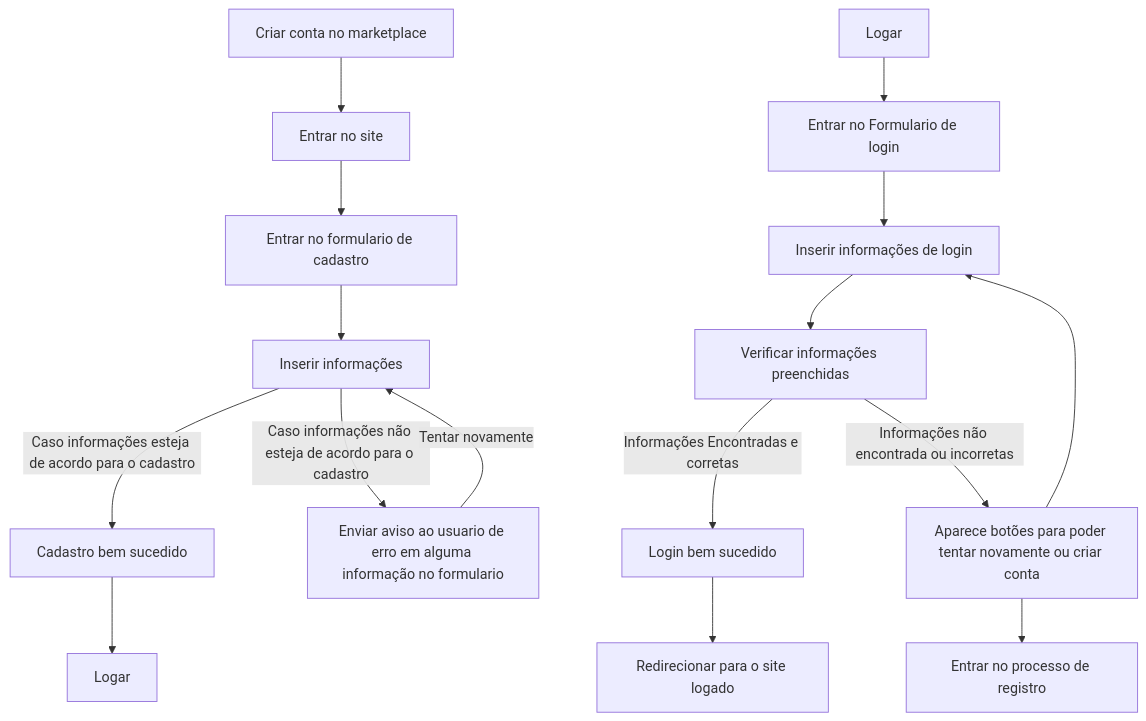
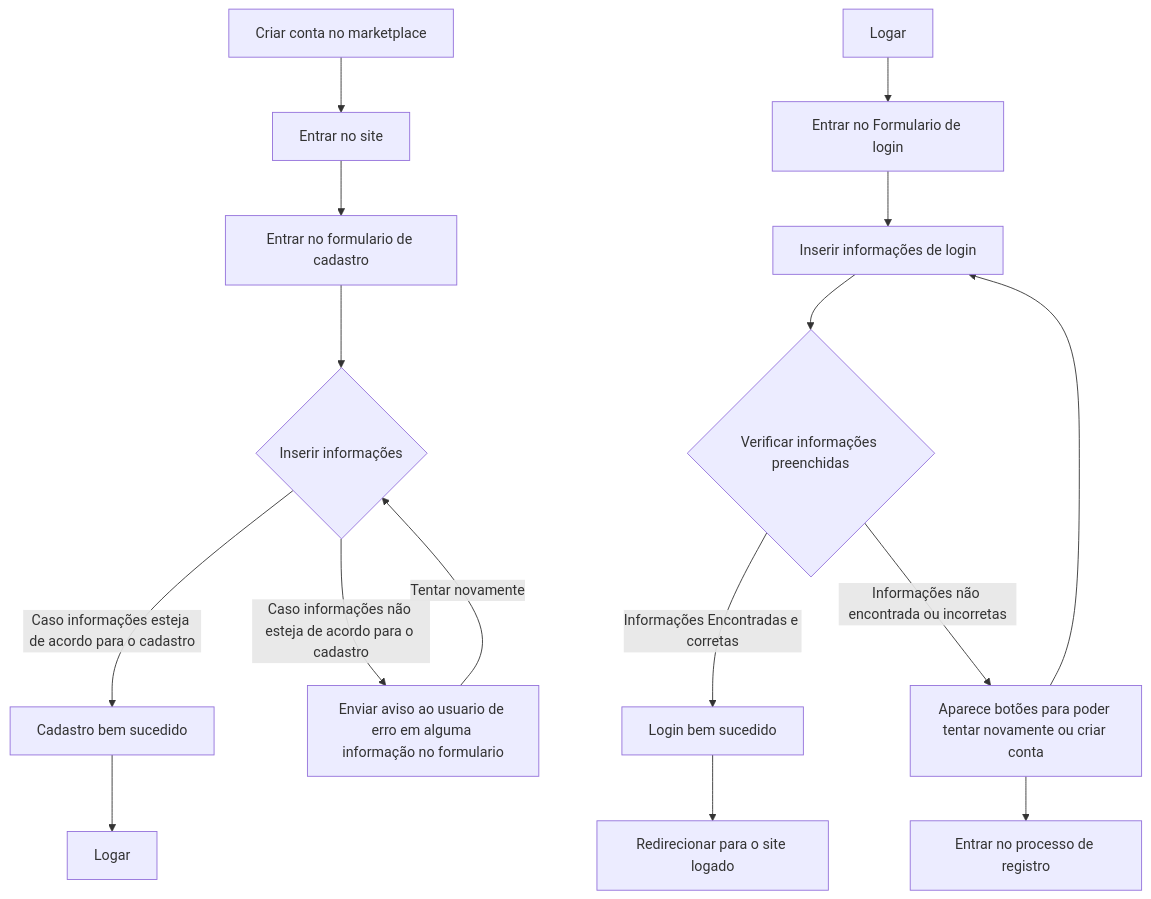
Before and after one commit to giovanni1351/EngenhariaDeSoftwareProjeto: the first of 6 diagrams in Lab/Lab1.md, drawn with Mermaid. The commit also changed other lines of this file, not shown here.

````diff
--- a/Lab/Lab1.md
+++ b/Lab/Lab1.md
@@ -54,19 +54,19 @@
 ```mermaid
 graph TD;
     A[Criar conta no marketplace]-->B[Entrar no site];
     B-->C[Entrar no formulario de cadastro];
-    C-->D[Inserir informações];
+    C-->D{Inserir informações};
     D-->|Caso informações esteja de acordo para o cadastro|E[Cadastro bem sucedido];
     D-->|Caso informações não esteja de acordo para o cadastro|G[Enviar aviso ao usuario de erro em alguma informação no formulario];
     G-->|Tentar novamente|D;
     E-->F[Logar];
 
     Logar[Logar]--> EntrarForm[Entrar no Formulario de login];
     EntrarForm --> InserirInfos[Inserir informações de login];
-    InserirInfos --> Verifica[ Verificar informações preenchidas];
+    InserirInfos --> Verifica{Verificar informações preenchidas};
     Verifica --> |Informações Encontradas e corretas| LogarCorreto[Login bem sucedido]
     LogarCorreto--> Redirect[Redirecionar para o site logado]
     Verifica --> |Informações não encontrada ou incorretas| MensagemDeErroLogin[Aparece botões para poder tentar novamente ou criar conta]
     MensagemDeErroLogin-->InserirInfos;
     MensagemDeErroLogin-->RedirectRegistro[Entrar no processo de registro];
 ```
````
